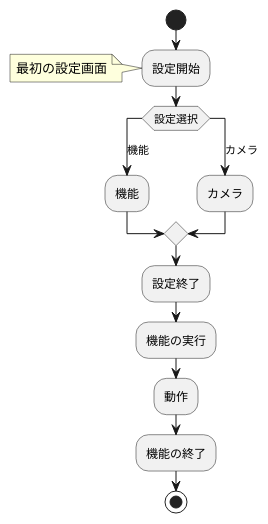
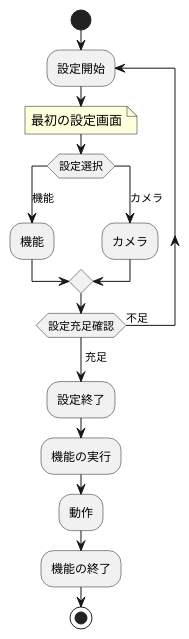
Before and after one commit to penguintrainer/OCR: the first of 4 diagrams in doc/SRS.md, drawn with PlantUML. The commit also changed other lines of this file, not shown here.

````diff
--- a/doc/SRS.md
+++ b/doc/SRS.md
@@ -8,18 +8,20 @@
 ```plantuml
 @startuml
 start
-:設定開始;
+repeat :設定開始;
 note left: 最初の設定画面
 switch (設定選択)
     case (機能)
         :機能;
     case (カメラ)
         :カメラ;
 endswitch
+repeat while (設定充足確認) is (不足)
+->充足;
 :設定終了;
 :機能の実行;
 :動作;
 :機能の終了;
 stop
 @enduml
 ```
````
